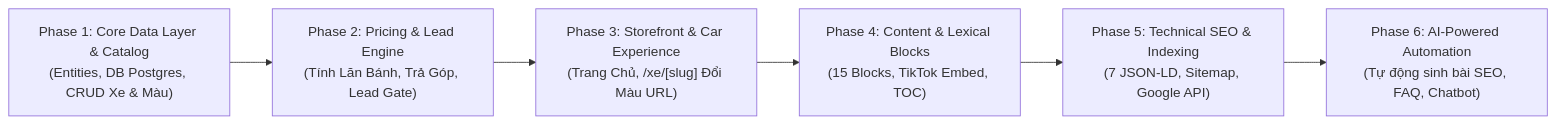
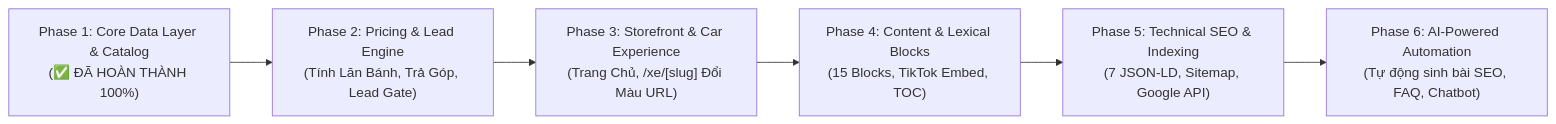
The diagram in docs/06-PHASED-IMPLEMENTATION-ROADMAP.md (accountcx/cardealer), drawn with Mermaid before and after one commit. The commit also changed other lines of this file and 2 other files, not shown here.

````diff
--- a/docs/06-PHASED-IMPLEMENTATION-ROADMAP.md
+++ b/docs/06-PHASED-IMPLEMENTATION-ROADMAP.md
@@ -10,8 +10,8 @@
 ```mermaid
 graph LR
-    P1["Phase 1: Core Data Layer & Catalog<br/>(Entities, DB Postgres, CRUD Xe & Màu)"] --> P2["Phase 2: Pricing & Lead Engine<br/>(Tính Lăn Bánh, Trả Góp, Lead Gate)"]
+    P1["Phase 1: Core Data Layer & Catalog<br/>(✅ ĐÃ HOÀN THÀNH 100%)"] --> P2["Phase 2: Pricing & Lead Engine<br/>(Tính Lăn Bánh, Trả Góp, Lead Gate)"]
     P2 --> P3["Phase 3: Storefront & Car Experience<br/>(Trang Chủ, /xe/[slug] Đổi Màu URL)"]
     P3 --> P4["Phase 4: Content & Lexical Blocks<br/>(15 Blocks, TikTok Embed, TOC)"]
     P4 --> P5["Phase 5: Technical SEO & Indexing<br/>(7 JSON-LD, Sitemap, Google API)"]
     P5 --> P6["Phase 6: AI-Powered Automation<br/>(Tự động sinh bài SEO, FAQ, Chatbot)"]
 ```
````
